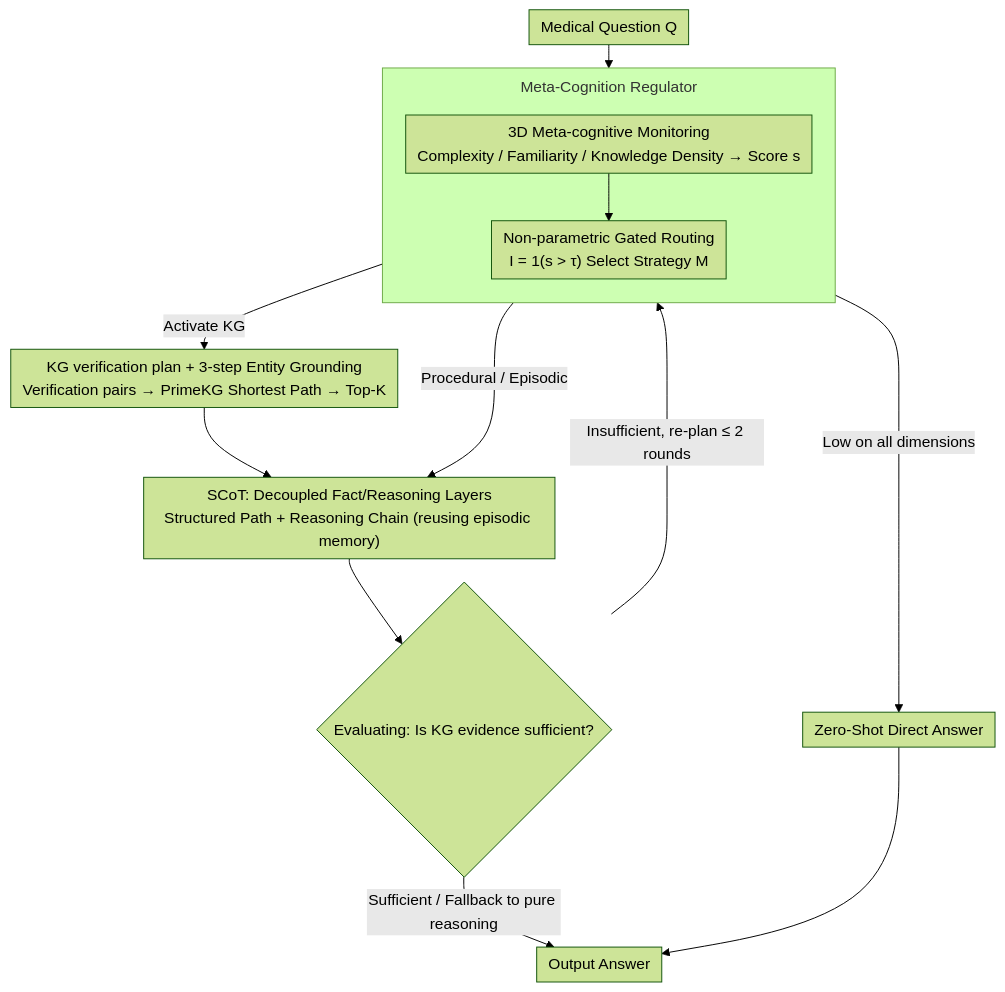
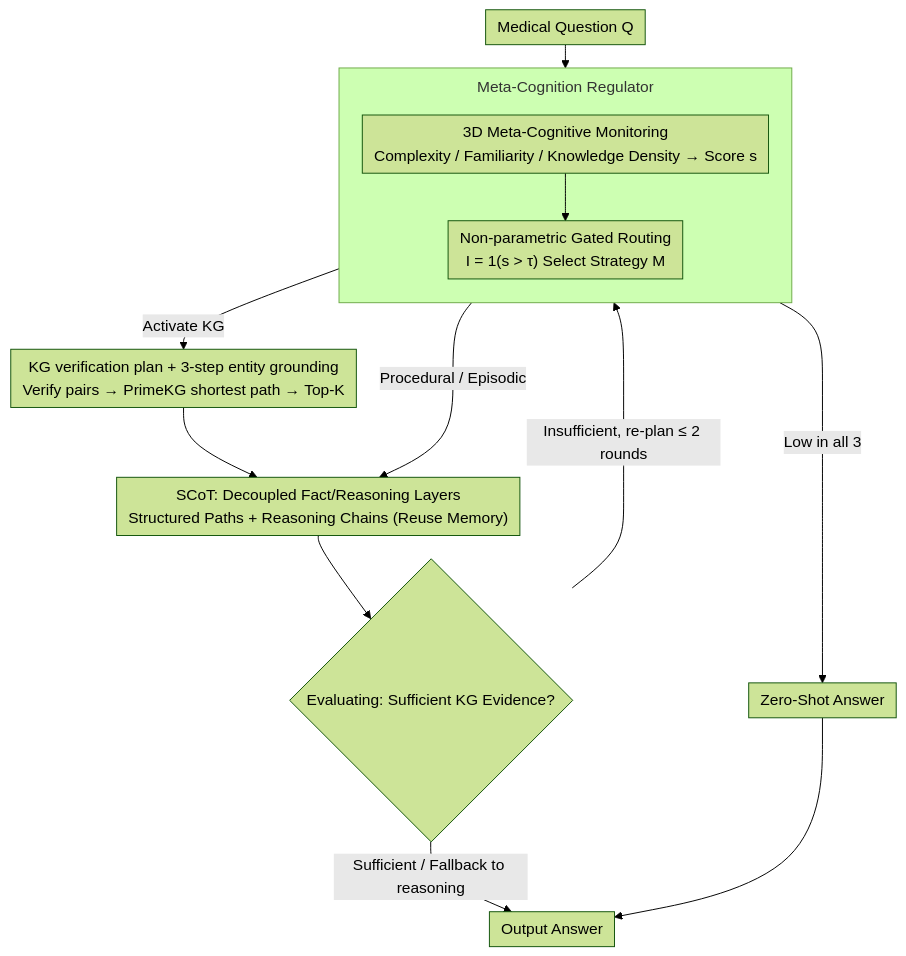
Before and after one commit to zhaoyang97/Paper-Notes-en: the diagram in docs/ICML2026/graph_learning/medcog_maximizing_llm_inference_density_in_medical_reasoning_via_meta-cognitive_.md, drawn with Mermaid (forest theme). The commit also changed other lines of this file and 5084 other files, not shown here.

````diff
--- a/docs/ICML2026/graph_learning/medcog_maximizing_llm_inference_density_in_medical_reasoning_via_meta-cognitive_.md
+++ b/docs/ICML2026/graph_learning/medcog_maximizing_llm_inference_density_in_medical_reasoning_via_meta-cognitive_.md
@@ -43,17 +43,17 @@
 ```mermaid
 %%{init: {'flowchart': {'rankSpacing': 24, 'nodeSpacing': 28, 'padding': 6, 'wrappingWidth': 400, 'subGraphTitleMargin': {'top': 8, 'bottom': 16}}}}%%
 flowchart TD
     Q["Medical Question Q"] --> MON
     subgraph REG["Meta-Cognition Regulator"]
         direction TB
-        MON["3D Meta-cognitive Monitoring<br/>Complexity / Familiarity / Knowledge Density → Score s"] --> PLAN["Non-parametric Gated Routing<br/>I = 1(s > τ) Select Strategy M"]
+        MON["3D Meta-Cognitive Monitoring<br/>Complexity / Familiarity / Knowledge Density → Score s"] --> PLAN["Non-parametric Gated Routing<br/>I = 1(s > τ) Select Strategy M"]
     end
-    PLAN -->|"Low on all dimensions"| ZS["Zero-Shot Direct Answer"]
-    PLAN -->|"Activate KG"| KG["KG verification plan + 3-step Entity Grounding<br/>Verification pairs → PrimeKG Shortest Path → Top-K"]
-    PLAN -->|"Procedural / Episodic"| SCOT["SCoT: Decoupled Fact/Reasoning Layers<br/>Structured Path + Reasoning Chain (reusing episodic memory)"]
+    PLAN -->|"Low in all 3"| ZS["Zero-Shot Answer"]
+    PLAN -->|"Activate KG"| KG["KG verification plan + 3-step entity grounding<br/>Verify pairs → PrimeKG shortest path → Top-K"]
+    PLAN -->|"Procedural / Episodic"| SCOT["SCoT: Decoupled Fact/Reasoning Layers<br/>Structured Paths + Reasoning Chains (Reuse Memory)"]
     KG --> SCOT
-    SCOT --> EVAL{"Evaluating: Is KG evidence sufficient?"}
+    SCOT --> EVAL{"Evaluating: Sufficient KG Evidence?"}
     EVAL -->|"Insufficient, re-plan ≤ 2 rounds"| PLAN
-    EVAL -->|"Sufficient / Fallback to pure reasoning"| OUT["Output Answer"]
+    EVAL -->|"Sufficient / Fallback to reasoning"| OUT["Output Answer"]
     ZS --> OUT
 ```
````
